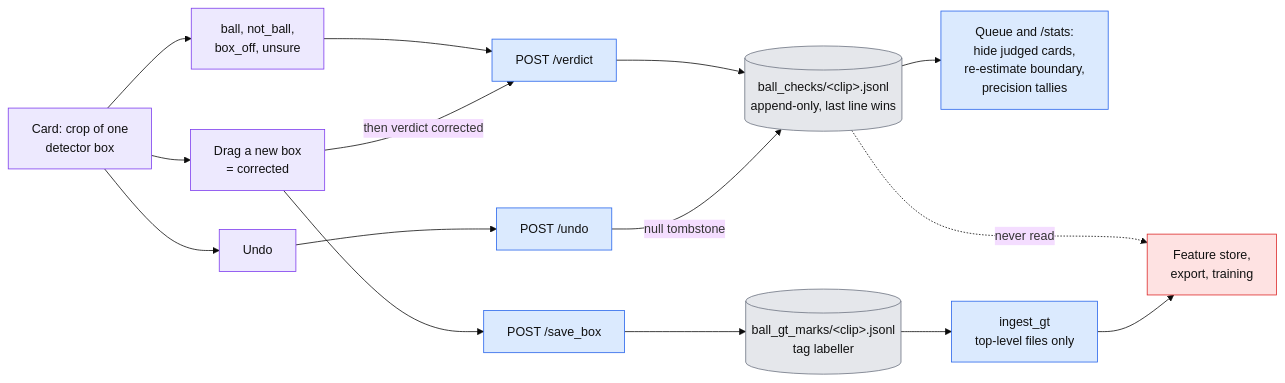
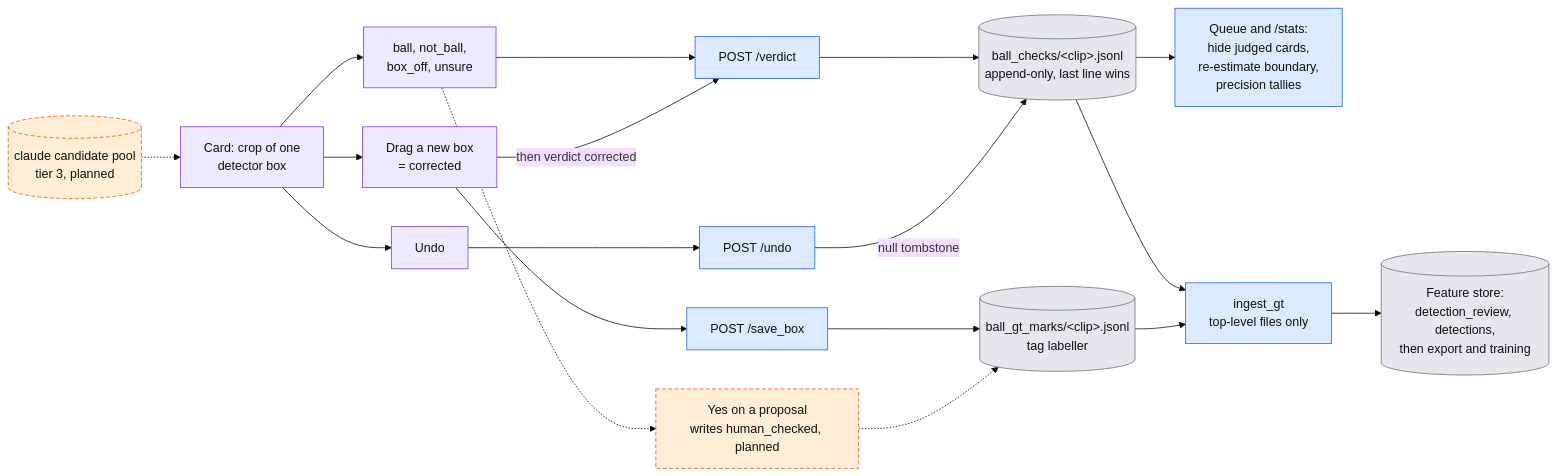
The fifth of 5 diagrams in docs/architecture.md (egroeg121/footy-track), drawn with Mermaid (base theme) before and after one commit. The commit also changed other lines of this file and 8 other files, not shown here.

First line of the commit message:
docs: design the Claude-assisted ball labelling loop (route J, proposal)

````diff
--- a/docs/architecture.md
+++ b/docs/architecture.md
@@ -173,28 +181,33 @@
 ```mermaid
 flowchart LR
   classDef code fill:#dbeafe,stroke:#2563eb,color:#111
   classDef data fill:#e5e7eb,stroke:#6b7280,color:#111
   classDef dead fill:#fee2e2,stroke:#dc2626,color:#111
   classDef bc fill:#ede9fe,stroke:#7c3aed,color:#111
+  classDef missing fill:#ffedd5,stroke:#ea580c,stroke-dasharray:5 3,color:#111
 
   CARD["Card: crop of one<br/>detector box"]:::bc
   SWIPE["ball, not_ball,<br/>box_off, unsure"]:::bc
   DRAG["Drag a new box<br/>= corrected"]:::bc
   UNDO["Undo"]:::bc
   POSTV["POST /verdict"]:::code
   SAVE["POST /save_box"]:::code
   POSTU["POST /undo"]:::code
   VLOG[("ball_checks/&lt;clip&gt;.jsonl<br/>append-only, last line wins")]:::data
   SC[("ball_gt_marks/&lt;clip&gt;.jsonl<br/>tag labeller")]:::data
   QUEUE["Queue and /stats:<br/>hide judged cards,<br/>re-estimate boundary,<br/>precision tallies"]:::code
   ING["ingest_gt<br/>top-level files only"]:::code
-  LOST["Feature store,<br/>export, training"]:::dead
+  LOST[("Feature store:<br/>detection_review, detections,<br/>then export and training")]:::data
+  PROP[("claude candidate pool<br/>tier 3, planned")]:::missing
+  YES["Yes on a proposal<br/>writes human_checked, planned"]:::missing
 
   CARD --> SWIPE --> POSTV --> VLOG
   CARD --> DRAG --> SAVE --> SC
   DRAG -- "then verdict corrected" --> POSTV
   CARD --> UNDO --> POSTU -- "null tombstone" --> VLOG
   VLOG --> QUEUE
-  VLOG -. "never read" .-> LOST
+  VLOG --> ING
   SC --> ING --> LOST
+  PROP -.-> CARD
+  SWIPE -.-> YES -.-> SC
 ```
````
